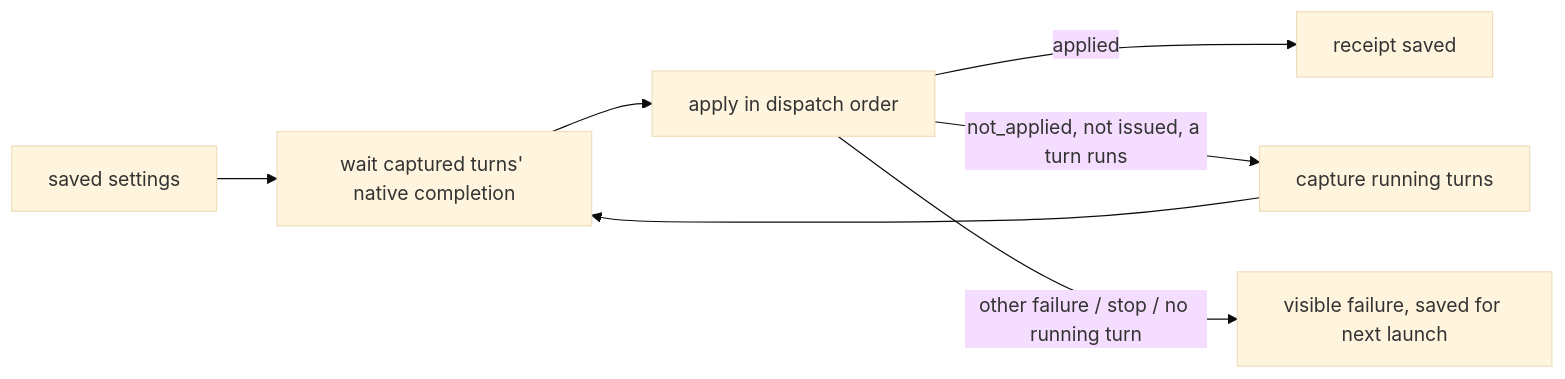
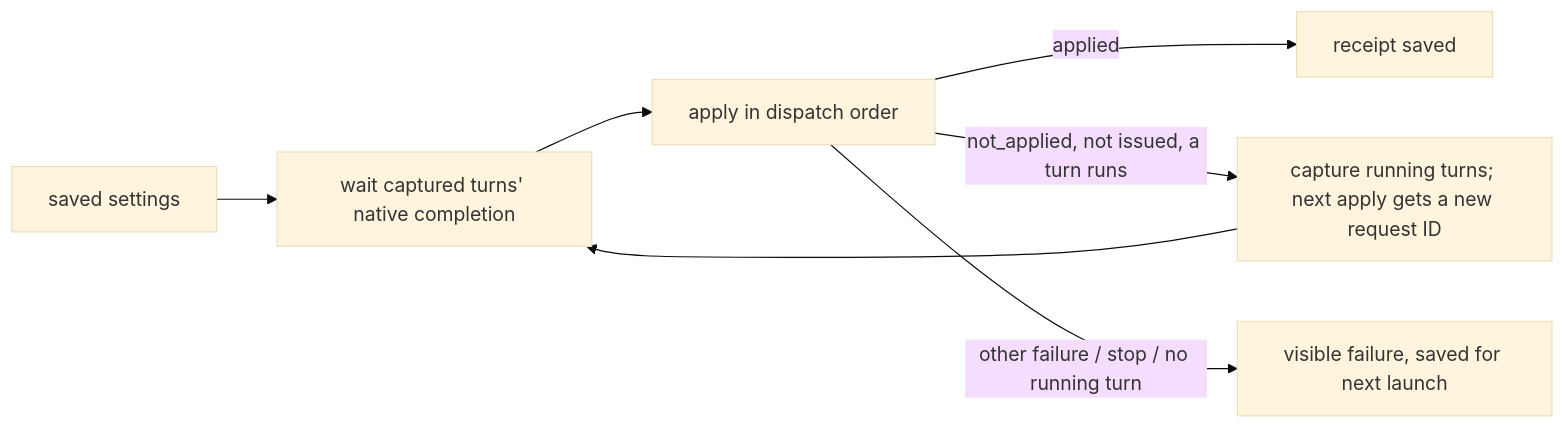
The diagram in docs/architecture/modules/execution/configuration-delivery.md (kitepon/BellTeam), drawn with Mermaid (base theme) before and after one commit. The commit also changed other lines of this file and 2 other files, not shown here.

Commit message:
Re-armed deferred apply is a new configuration request (a53 review)

````diff
--- a/docs/architecture/modules/execution/configuration-delivery.md
+++ b/docs/architecture/modules/execution/configuration-delivery.md
@@ -15,8 +15,8 @@
 ```mermaid
 flowchart LR
   Req[saved settings] --> Wait[wait captured turns' native completion]
   Wait --> Apply[apply in dispatch order]
   Apply -->|applied| Done[receipt saved]
-  Apply -->|not_applied, not issued, a turn runs| Recapture[capture running turns] --> Wait
+  Apply -->|not_applied, not issued, a turn runs| Recapture[capture running turns; next apply gets a new request ID] --> Wait
   Apply -->|other failure / stop / no running turn| Fail[visible failure, saved for next launch]
 ```
````
